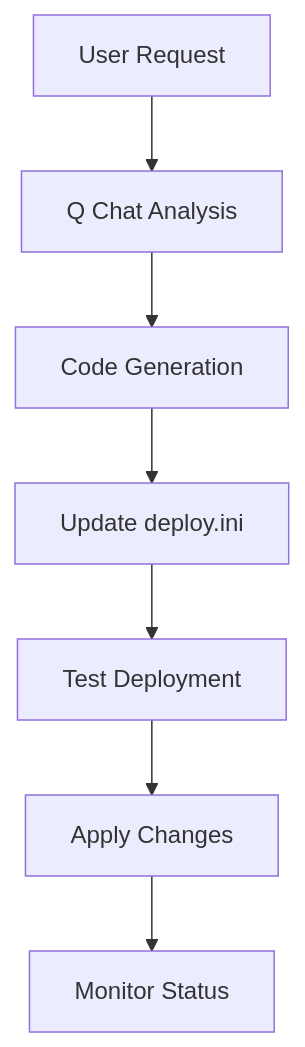
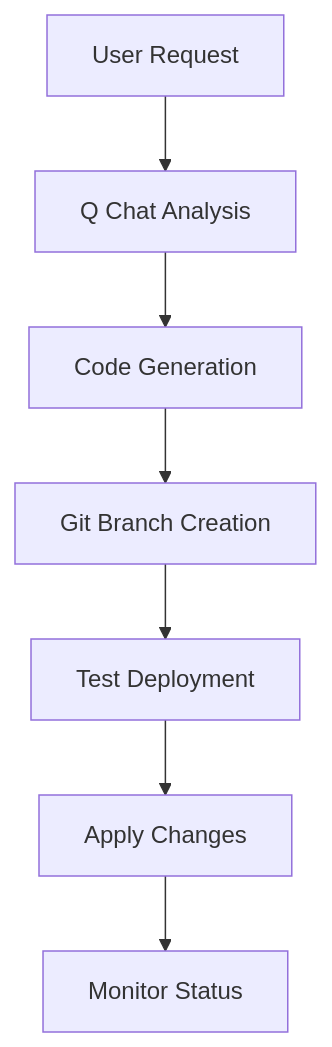
Before and after one commit to Sam9682/ai-swautomorph: the diagram in docs/ARCHITECTURE_GUIDE.md, drawn with Mermaid. The commit also changed other lines of this file and 10 other files, not shown here.

````diff
--- a/docs/ARCHITECTURE_GUIDE.md
+++ b/docs/ARCHITECTURE_GUIDE.md
@@ -172,9 +107,9 @@
 ```mermaid
 graph TD
     A[User Request] --> B[Q Chat Analysis]
     B --> C[Code Generation]
-    C --> D[Update deploy.ini]
+    C --> D[Git Branch Creation]
     D --> E[Test Deployment]
     E --> F[Apply Changes]
     F --> G[Monitor Status]
 ```
````
